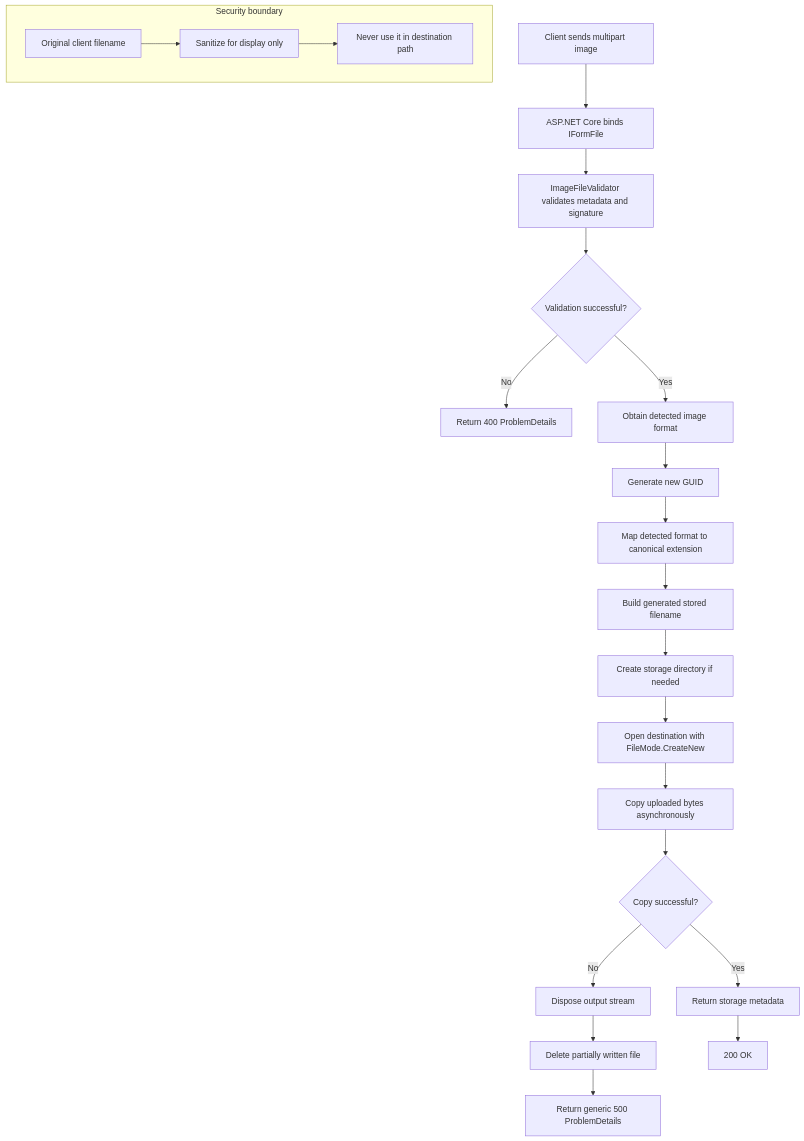
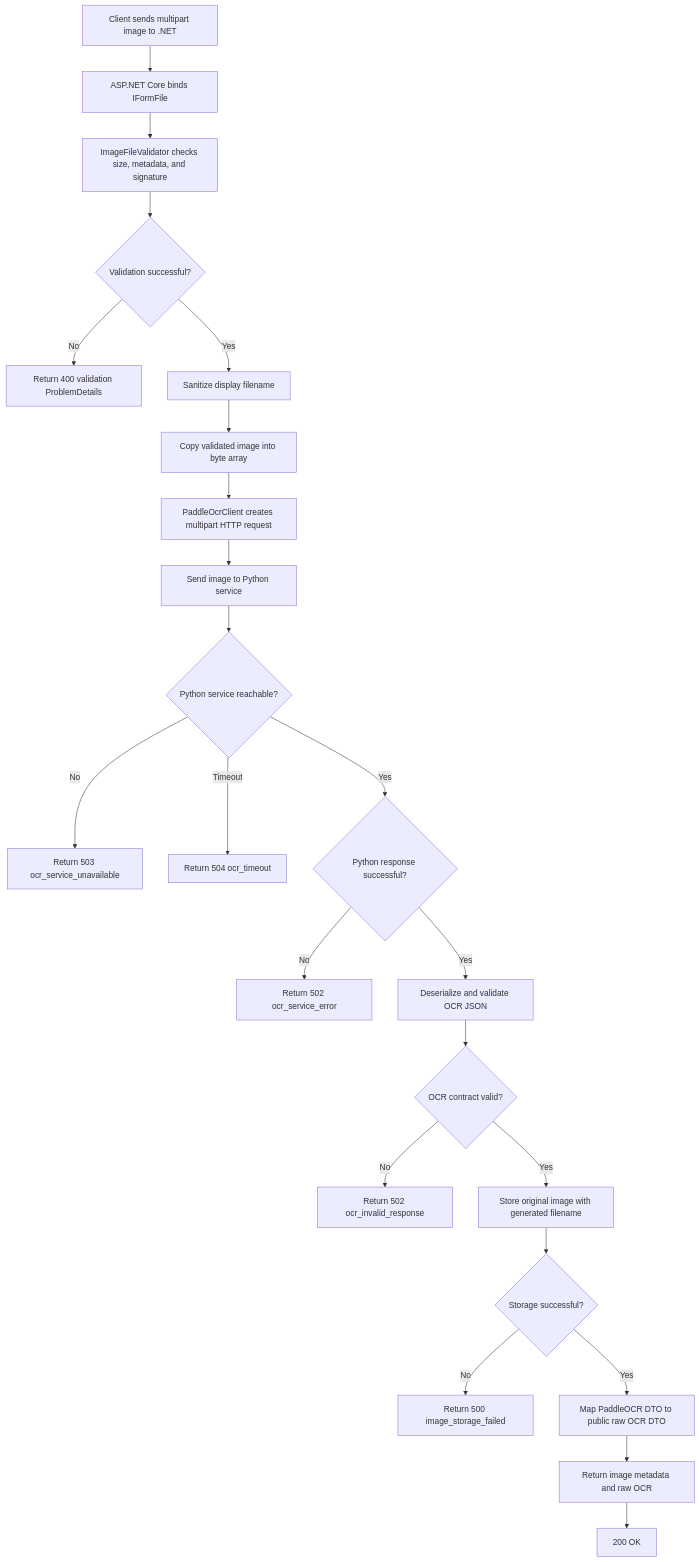
The diagram in CodeOcr.Api/Documentation/Diagrams/image-upload-flow.mmd (Prztyk/Project19), drawn with Mermaid before and after one commit. The commit also changed 13 other files, not shown here.

```diff
--- a/CodeOcr.Api/Documentation/Diagrams/image-upload-flow.mmd
+++ b/CodeOcr.Api/Documentation/Diagrams/image-upload-flow.mmd
@@ -1,31 +1,30 @@
 flowchart TD
-    A[Client sends multipart image] --> B[ASP.NET Core binds IFormFile]
-    B --> C[ImageFileValidator validates metadata and signature]
+    A[Client sends multipart image to .NET] --> B[ASP.NET Core binds IFormFile]
+    B --> C[ImageFileValidator checks size, metadata, and signature]
 
     C --> D{Validation successful?}
-    D -- No --> E[Return 400 ProblemDetails]
-    D -- Yes --> F[Obtain detected image format]
+    D -- No --> E[Return 400 validation ProblemDetails]
+    D -- Yes --> F[Sanitize display filename]
 
-    F --> G[Generate new GUID]
-    G --> H[Map detected format to canonical extension]
-    H --> I[Build generated stored filename]
-    I --> J[Create storage directory if needed]
+    F --> G[Copy validated image into byte array]
+    G --> H[PaddleOcrClient creates multipart HTTP request]
+    H --> I[Send image to Python service]
 
-    J --> K[Open destination with FileMode.CreateNew]
-    K --> L[Copy uploaded bytes asynchronously]
+    I --> J{Python service reachable?}
+    J -- No --> K[Return 503 ocr_service_unavailable]
+    J -- Timeout --> L[Return 504 ocr_timeout]
+    J -- Yes --> M{Python response successful?}
 
-    L --> M{Copy successful?}
-    M -- No --> N[Dispose output stream]
-    N --> O[Delete partially written file]
-    O --> P[Return generic 500 ProblemDetails]
+    M -- No --> N[Return 502 ocr_service_error]
+    M -- Yes --> O[Deserialize and validate OCR JSON]
 
-    M -- Yes --> Q[Return storage metadata]
-    Q --> R[200 OK]
+    O --> P{OCR contract valid?}
+    P -- No --> Q[Return 502 ocr_invalid_response]
+    P -- Yes --> R[Store original image with generated filename]
 
-    subgraph Security boundary
-        S[Original client filename]
-        T[Sanitize for display only]
-        U[Never use it in destination path]
-        S --> T
-        T --> U
-    end
+    R --> S{Storage successful?}
+    S -- No --> T[Return 500 image_storage_failed]
+    S -- Yes --> U[Map PaddleOCR DTO to public raw OCR DTO]
+
+    U --> V[Return image metadata and raw OCR]
+    V --> W[200 OK]
```
